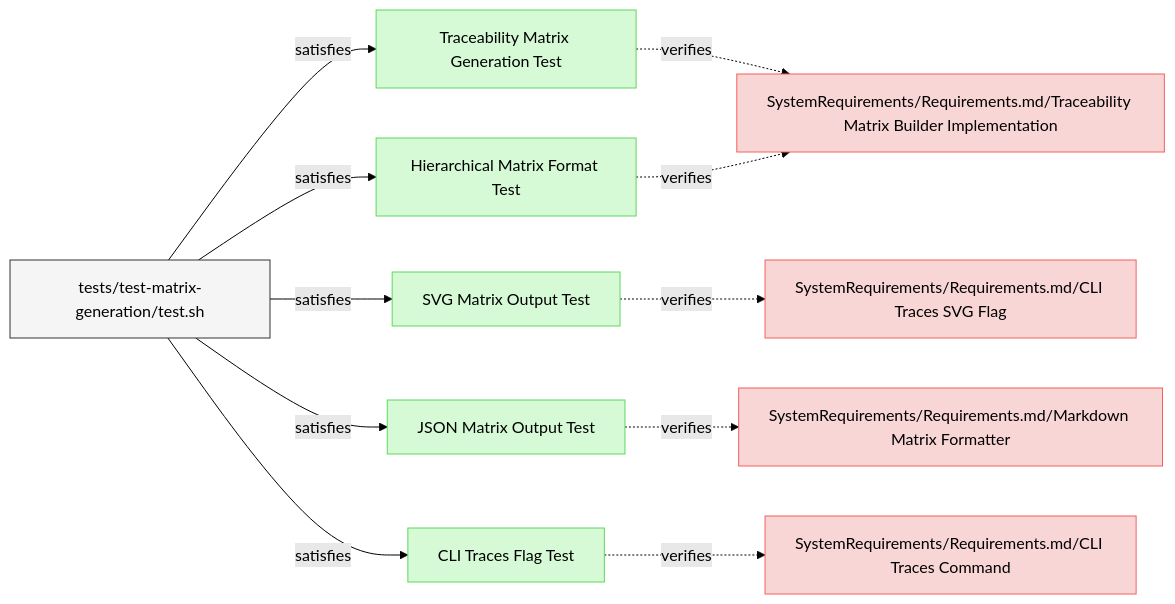
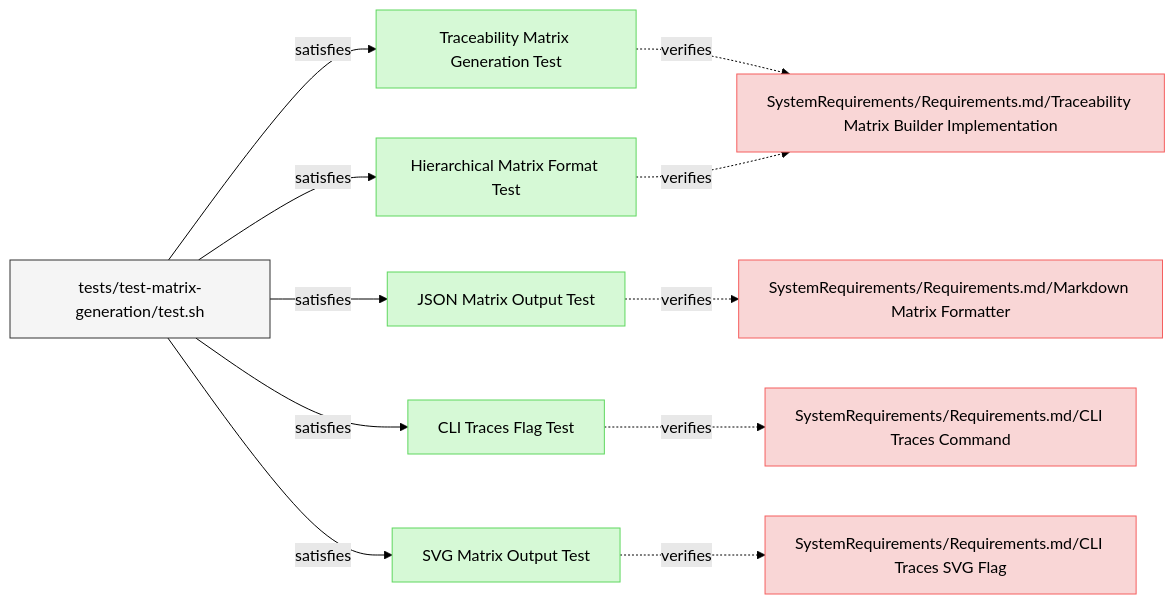
Before and after one commit to reqvire-org/reqvire: the diagram in specifications/Verifications/TreacibilityMatrix.md, drawn with Mermaid (forest theme). The commit also changed other lines of this file and 14 other files, not shown here.

````diff
--- a/specifications/Verifications/TreacibilityMatrix.md
+++ b/specifications/Verifications/TreacibilityMatrix.md
@@ -6,61 +6,61 @@
 ```mermaid
 graph LR;
   %% Graph styling
   classDef requirement fill:#f9d6d6,stroke:#f55f5f,stroke-width:1px;
   classDef verification fill:#d6f9d6,stroke:#5fd75f,stroke-width:1px;
   classDef externalLink fill:#d0e0ff,stroke:#3080ff,stroke-width:1px;
   classDef default fill:#f5f5f5,stroke:#333333,stroke-width:1px;
 
   aa85c85e7c41d899["Traceability Matrix Generation Test"];
   class aa85c85e7c41d899 verification;
   click aa85c85e7c41d899 "TreacibilityMatrix.md#traceability-matrix-generation-test";
   b55d8517cd3e58["SystemRequirements/Requirements.md/Traceability Matrix Builder Implementation"];
   class b55d8517cd3e58 requirement;
   click b55d8517cd3e58 "../SystemRequirements/Requirements.md#traceability-matrix-builder-implementation";
   aa85c85e7c41d899 -.->|verifies| b55d8517cd3e58;
   8aec4f4d071ac12c["tests/test-matrix-generation/test.sh"];
   class 8aec4f4d071ac12c default;
   click 8aec4f4d071ac12c "../../tests/test-matrix-generation/test.sh";
   8aec4f4d071ac12c -->|satisfies| aa85c85e7c41d899;
-  62b41611d85d4161["SVG Matrix Output Test"];
-  class 62b41611d85d4161 verification;
-  click 62b41611d85d4161 "TreacibilityMatrix.md#svg-matrix-output-test";
-  1d9a1c502316e443["SystemRequirements/Requirements.md/CLI Traces SVG Flag"];
-  class 1d9a1c502316e443 requirement;
-  click 1d9a1c502316e443 "../SystemRequirements/Requirements.md#cli-traces-svg-flag";
-  62b41611d85d4161 -.->|verifies| 1d9a1c502316e443;
-  8aec4f4d071ac12c["tests/test-matrix-generation/test.sh"];
-  class 8aec4f4d071ac12c default;
-  click 8aec4f4d071ac12c "../../tests/test-matrix-generation/test.sh";
-  8aec4f4d071ac12c -->|satisfies| 62b41611d85d4161;
-  5a25cf6244f4f44["Hierarchical Matrix Format Test"];
-  class 5a25cf6244f4f44 verification;
-  click 5a25cf6244f4f44 "TreacibilityMatrix.md#hierarchical-matrix-format-test";
-  5a25cf6244f4f44 -.->|verifies| b55d8517cd3e58;
-  8aec4f4d071ac12c["tests/test-matrix-generation/test.sh"];
-  class 8aec4f4d071ac12c default;
-  click 8aec4f4d071ac12c "../../tests/test-matrix-generation/test.sh";
-  8aec4f4d071ac12c -->|satisfies| 5a25cf6244f4f44;
   50c290277850dd17["JSON Matrix Output Test"];
   class 50c290277850dd17 verification;
   click 50c290277850dd17 "TreacibilityMatrix.md#json-matrix-output-test";
   1b7491b67a792bc9["SystemRequirements/Requirements.md/Markdown Matrix Formatter"];
   class 1b7491b67a792bc9 requirement;
   click 1b7491b67a792bc9 "../SystemRequirements/Requirements.md#markdown-matrix-formatter";
   50c290277850dd17 -.->|verifies| 1b7491b67a792bc9;
   8aec4f4d071ac12c["tests/test-matrix-generation/test.sh"];
   class 8aec4f4d071ac12c default;
   click 8aec4f4d071ac12c "../../tests/test-matrix-generation/test.sh";
   8aec4f4d071ac12c -->|satisfies| 50c290277850dd17;
   7f6c7f917ed529ae["CLI Traces Flag Test"];
   class 7f6c7f917ed529ae verification;
   click 7f6c7f917ed529ae "TreacibilityMatrix.md#cli-traces-flag-test";
   5bfc0d5fd7bba25["SystemRequirements/Requirements.md/CLI Traces Command"];
   class 5bfc0d5fd7bba25 requirement;
   click 5bfc0d5fd7bba25 "../SystemRequirements/Requirements.md#cli-traces-command";
   7f6c7f917ed529ae -.->|verifies| 5bfc0d5fd7bba25;
   8aec4f4d071ac12c["tests/test-matrix-generation/test.sh"];
   class 8aec4f4d071ac12c default;
   click 8aec4f4d071ac12c "../../tests/test-matrix-generation/test.sh";
   8aec4f4d071ac12c -->|satisfies| 7f6c7f917ed529ae;
+  62b41611d85d4161["SVG Matrix Output Test"];
+  class 62b41611d85d4161 verification;
+  click 62b41611d85d4161 "TreacibilityMatrix.md#svg-matrix-output-test";
+  1d9a1c502316e443["SystemRequirements/Requirements.md/CLI Traces SVG Flag"];
+  class 1d9a1c502316e443 requirement;
+  click 1d9a1c502316e443 "../SystemRequirements/Requirements.md#cli-traces-svg-flag";
+  62b41611d85d4161 -.->|verifies| 1d9a1c502316e443;
+  8aec4f4d071ac12c["tests/test-matrix-generation/test.sh"];
+  class 8aec4f4d071ac12c default;
+  click 8aec4f4d071ac12c "../../tests/test-matrix-generation/test.sh";
+  8aec4f4d071ac12c -->|satisfies| 62b41611d85d4161;
+  5a25cf6244f4f44["Hierarchical Matrix Format Test"];
+  class 5a25cf6244f4f44 verification;
+  click 5a25cf6244f4f44 "TreacibilityMatrix.md#hierarchical-matrix-format-test";
+  5a25cf6244f4f44 -.->|verifies| b55d8517cd3e58;
+  8aec4f4d071ac12c["tests/test-matrix-generation/test.sh"];
+  class 8aec4f4d071ac12c default;
+  click 8aec4f4d071ac12c "../../tests/test-matrix-generation/test.sh";
+  8aec4f4d071ac12c -->|satisfies| 5a25cf6244f4f44;
 ```
````
